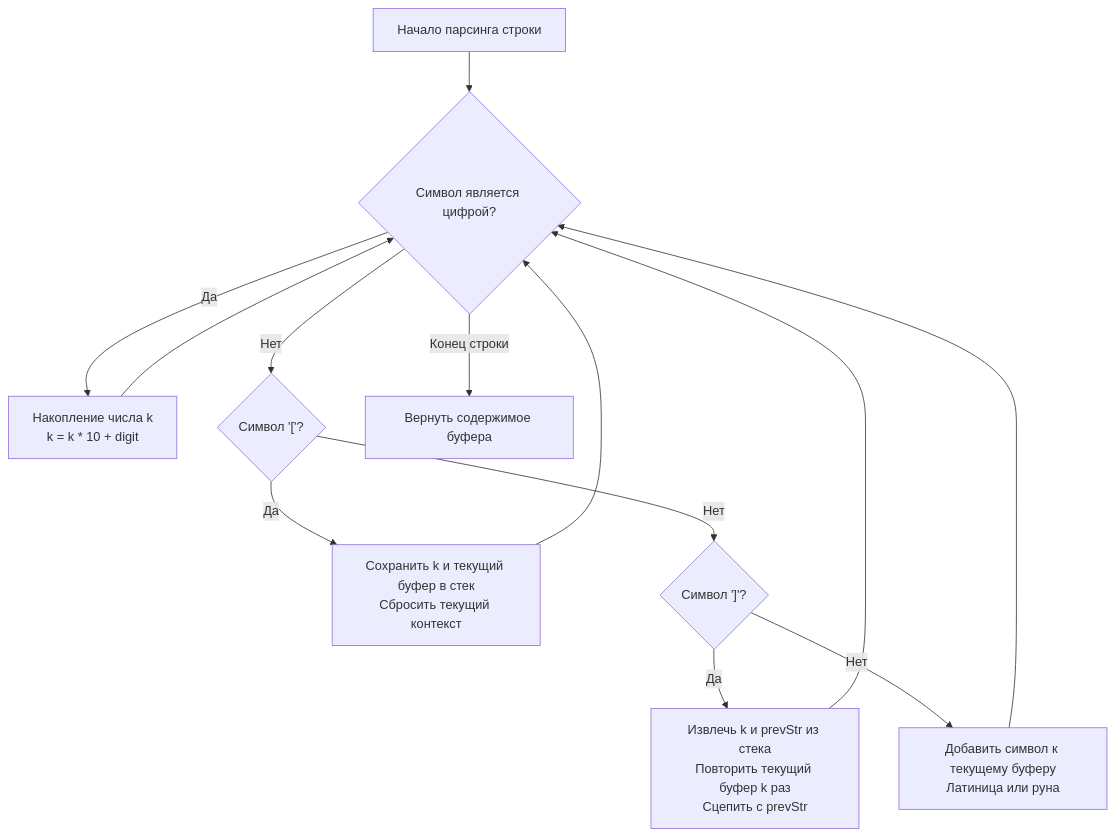
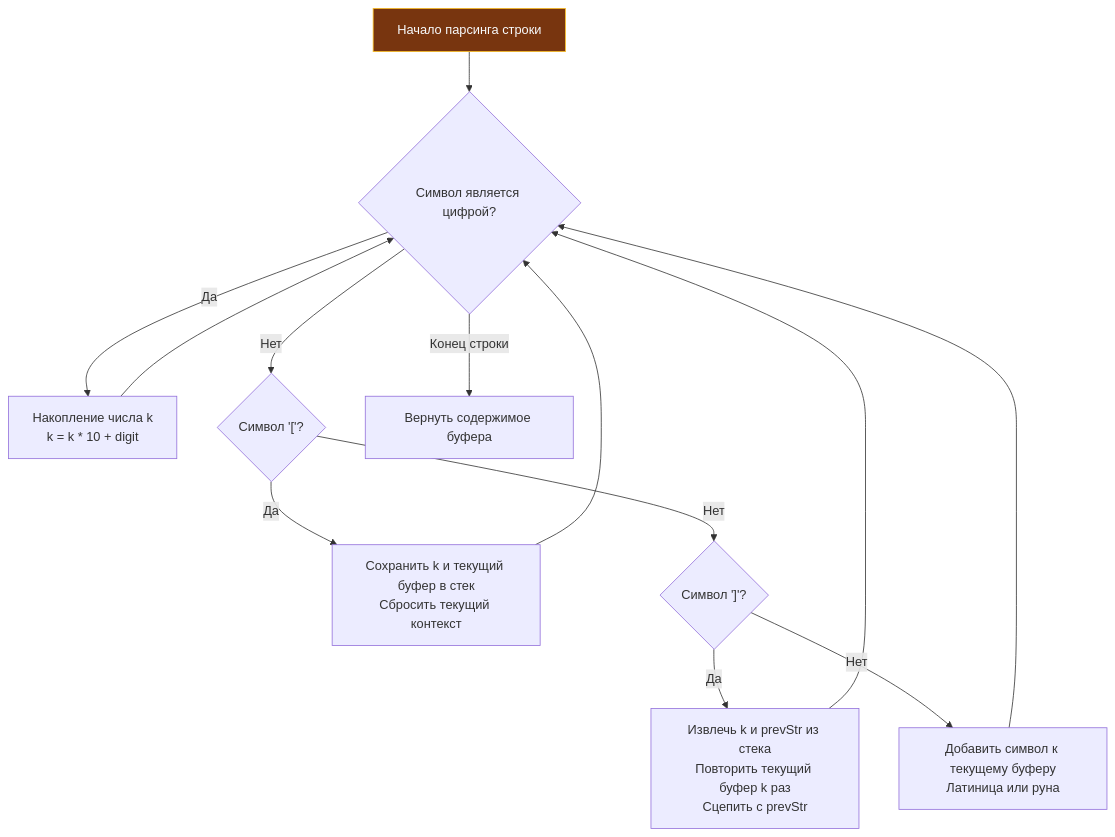
Before and after one commit to UnrealTemplier/go-textbook: the first of 2 diagrams in sources/21. Задачи с LeetCode и собеседований на Go/02. Задачи/25. Строки/6. Decode String.md, drawn with Mermaid. The commit also changed other lines of this file and 1666 other files, not shown here.

First line of the commit message:
feat(mermaid): add semantic color classDef to 1369 colorless flowchart/graph diagrams

````diff
--- a/sources/21. Задачи с LeetCode и собеседований на Go/02. Задачи/25. Строки/6. Decode String.md
+++ b/sources/21. Задачи с LeetCode и собеседований на Go/02. Задачи/25. Строки/6. Decode String.md
@@ -5,15 +5,25 @@
 ```mermaid
 flowchart TD
-    A["Начало парсинга строки"] --> B{"Символ является цифрой?"}
+    classDef process  fill:#1e293b,stroke:#38bdf8,stroke-width:1px,color:#f8fafc
+    classDef success  fill:#064e3b,stroke:#34d399,stroke-width:1px,color:#f8fafc
+    classDef error    fill:#7f1d1d,stroke:#f87171,stroke-width:1px,color:#f8fafc
+    classDef warning  fill:#78350f,stroke:#fbbf24,stroke-width:1px,color:#f8fafc
+    classDef entry    fill:#1e3a5f,stroke:#38bdf8,stroke-width:2px,color:#f8fafc
+    classDef aux      fill:#334155,stroke:#64748b,stroke-width:1px,color:#f8fafc
+    classDef system   fill:#312e81,stroke:#a78bfa,stroke-width:1px,color:#f8fafc
+    classDef data     fill:#132d29,stroke:#2dd4bf,stroke-width:1px,color:#f8fafc
+    classDef network  fill:#881337,stroke:#fb7185,stroke-width:1px,color:#f8fafc
+    classDef accent   fill:#1e1b4b,stroke:#818cf8,stroke-width:1px,color:#f8fafc
+    A["Начало парсинга строки"]:::warning --> B{"Символ является цифрой?"}
     B -->|Да| C["Накопление числа k<br>k = k * 10 + digit"]
     B -->|Нет| D{"Символ '['?"}
     D -->|Да| E["Сохранить k и текущий буфер в стек<br>Сбросить текущий контекст"]
     D -->|Нет| F{"Символ ']'?"}
     F -->|Да| G["Извлечь k и prevStr из стека<br>Повторить текущий буфер k раз<br>Сцепить с prevStr"]
     F -->|Нет| H["Добавить символ к текущему буферу<br>Латиница или руна"]
     C --> B
     E --> B
     G --> B
     H --> B
     B -->|Конец строки| I["Вернуть содержимое буфера"]
 ```
````
